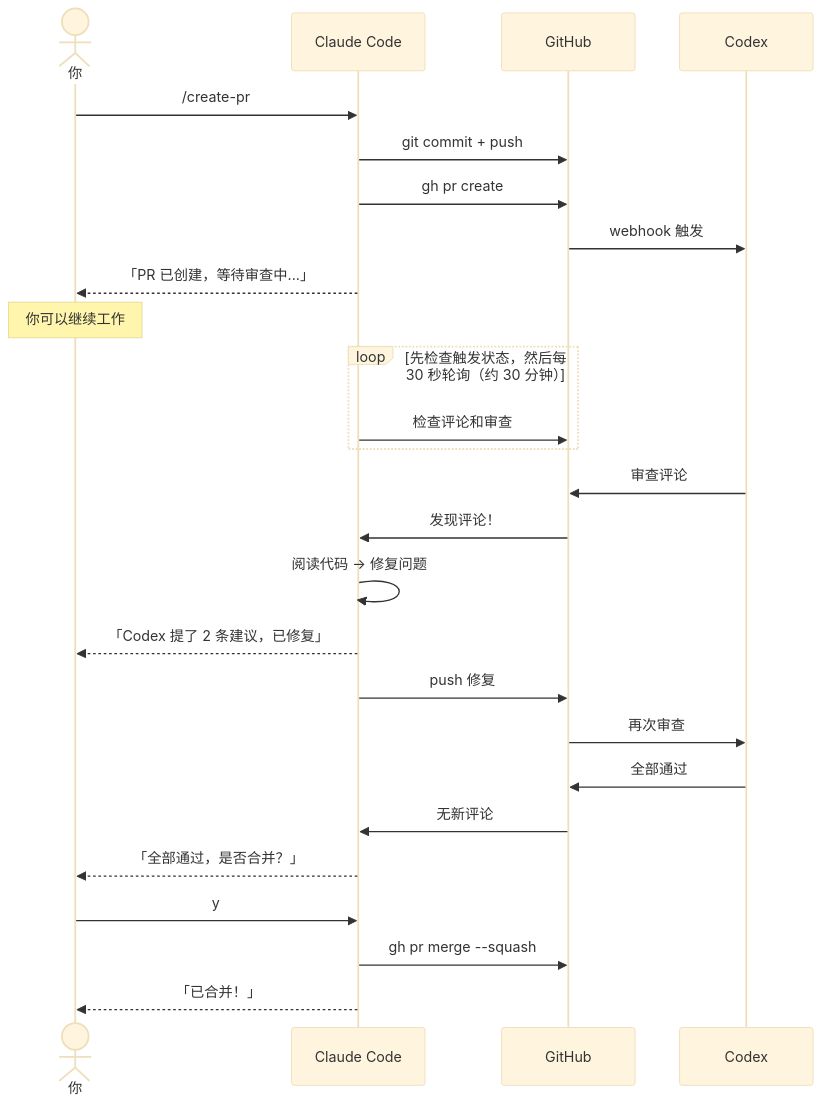
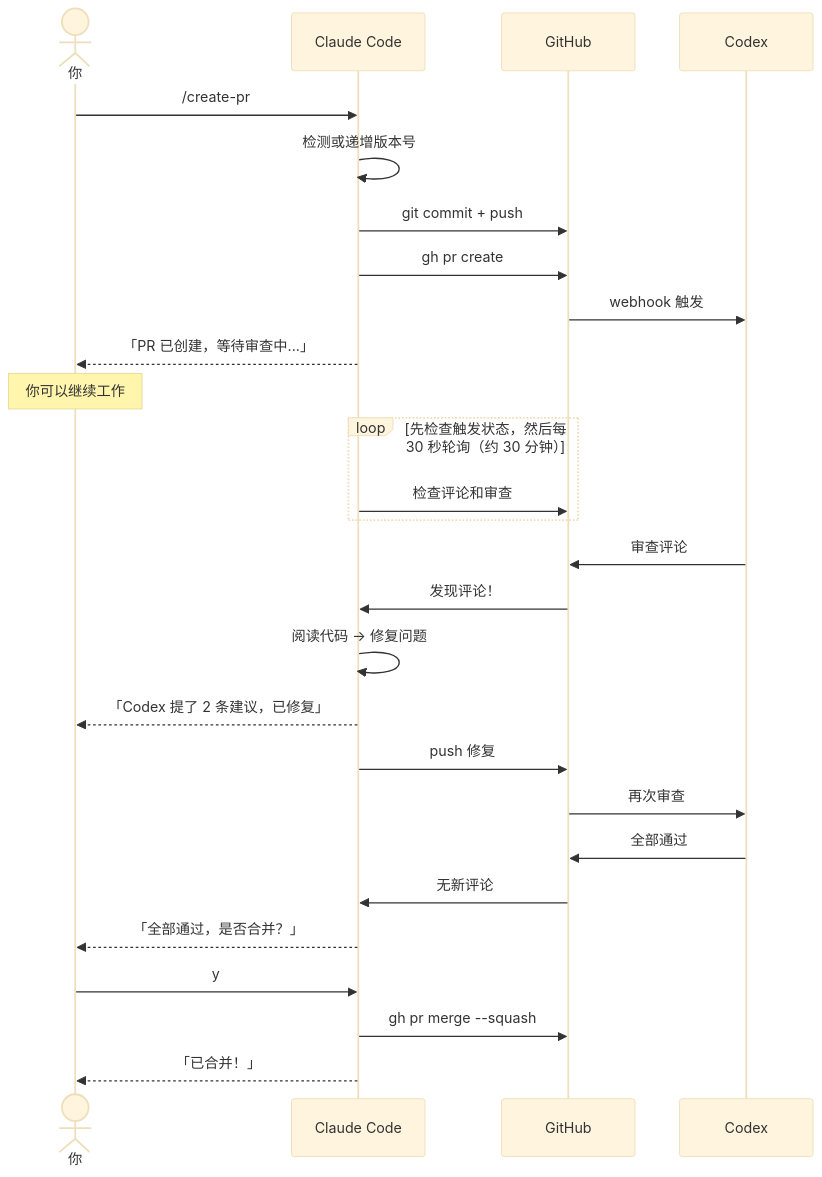
Before and after one commit to zytakeshi/create-pr-codex-review: the first of 2 diagrams in README.zh.md, drawn with Mermaid (base theme). The commit also changed other lines of this file and 2 other files, not shown here.

````diff
--- a/README.zh.md
+++ b/README.zh.md
@@ -41,34 +43,35 @@
 ```mermaid
 sequenceDiagram
     actor You as 你
     participant Claude as Claude Code
     participant GH as GitHub
     participant Codex as Codex
 
     You->>Claude: /create-pr
+    Claude->>Claude: 检测或递增版本号
     Claude->>GH: git commit + push
     Claude->>GH: gh pr create
     GH->>Codex: webhook 触发
     Claude-->>You: 「PR 已创建，等待审查中...」
 
     Note over You: 你可以继续工作
 
     loop 先检查触发状态，然后每 30 秒轮询（约 30 分钟）
         Claude->>GH: 检查评论和审查
     end
 
     Codex->>GH: 审查评论
     GH->>Claude: 发现评论！
     Claude->>Claude: 阅读代码 → 修复问题
     Claude-->>You: 「Codex 提了 2 条建议，已修复」
     Claude->>GH: push 修复
 
     GH->>Codex: 再次审查
     Codex->>GH: 全部通过
     GH->>Claude: 无新评论
 
     Claude-->>You: 「全部通过，是否合并？」
     You->>Claude: y
     Claude->>GH: gh pr merge --squash
     Claude-->>You: 「已合并！」
 ```
````
